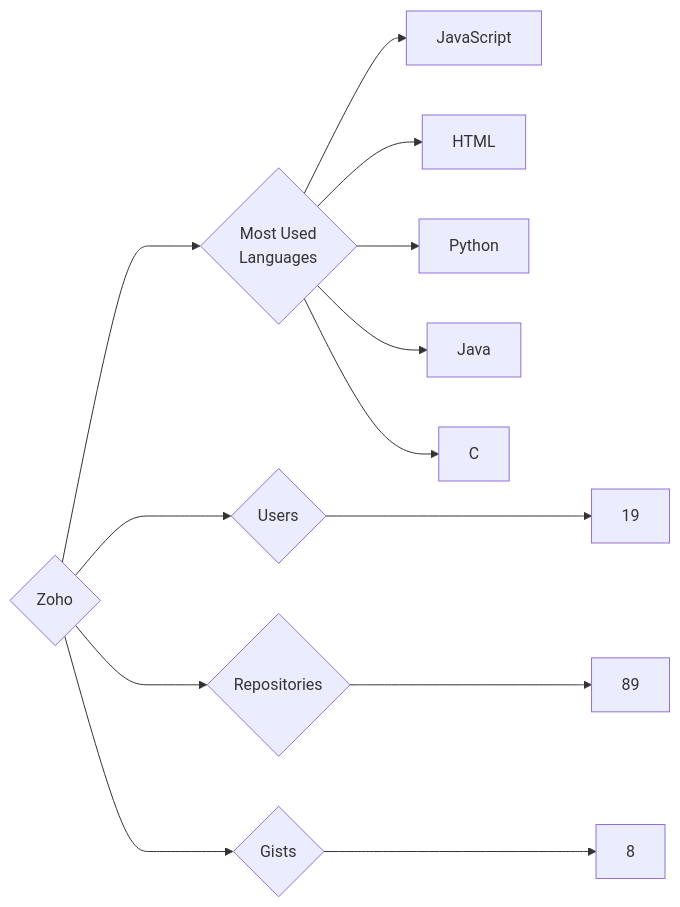
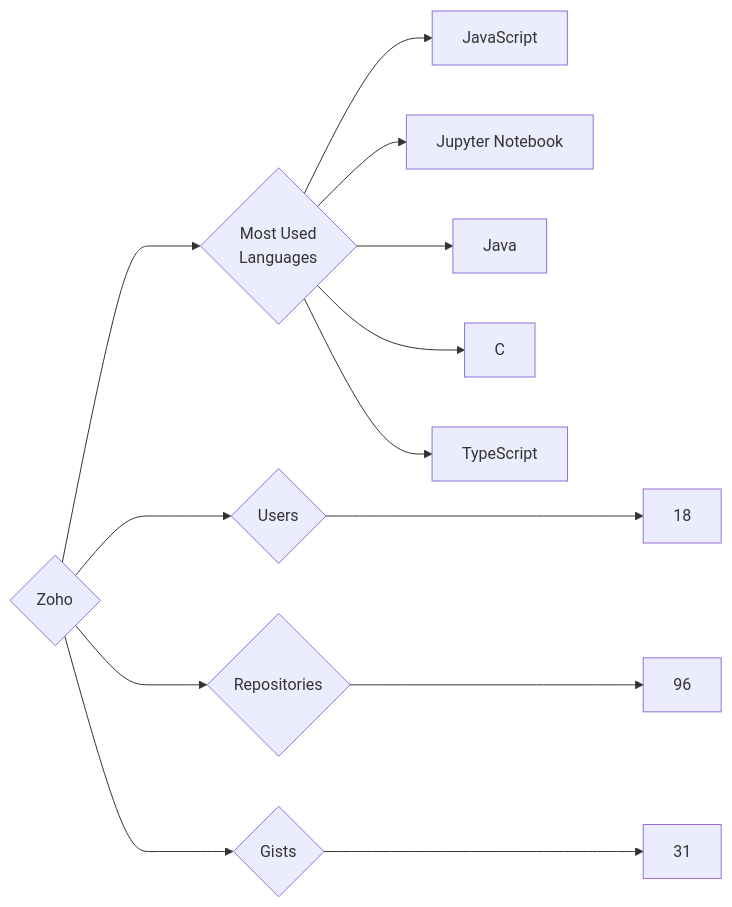
Before and after one commit to trickest/insiders: the diagram in targets/Zoho/README.md, drawn with Mermaid. The commit also changed 878 other files, not shown here.

````diff
--- a/targets/Zoho/README.md
+++ b/targets/Zoho/README.md
@@ -3,13 +3,13 @@
 ```mermaid
 graph LR
 COMPANY_NAME{Zoho}
-COMPANY_NAME ---> U{Users} ---> UN[19]
-COMPANY_NAME ---> R{Repositories} ---> RN[89]
-COMPANY_NAME ---> G{Gists} ---> GN[8]
+COMPANY_NAME ---> U{Users} ---> UN[18]
+COMPANY_NAME ---> R{Repositories} ---> RN[96]
+COMPANY_NAME ---> G{Gists} ---> GN[31]
 COMPANY_NAME ---> ML{Most Used<br>Languages}
 ML --> JavaScript[JavaScript]
-ML --> HTML[HTML]
-ML --> Python[Python]
+ML --> Jupyter_Notebook[Jupyter Notebook]
 ML --> Java[Java]
 ML --> C[C]
+ML --> TypeScript[TypeScript]
 ```
````
